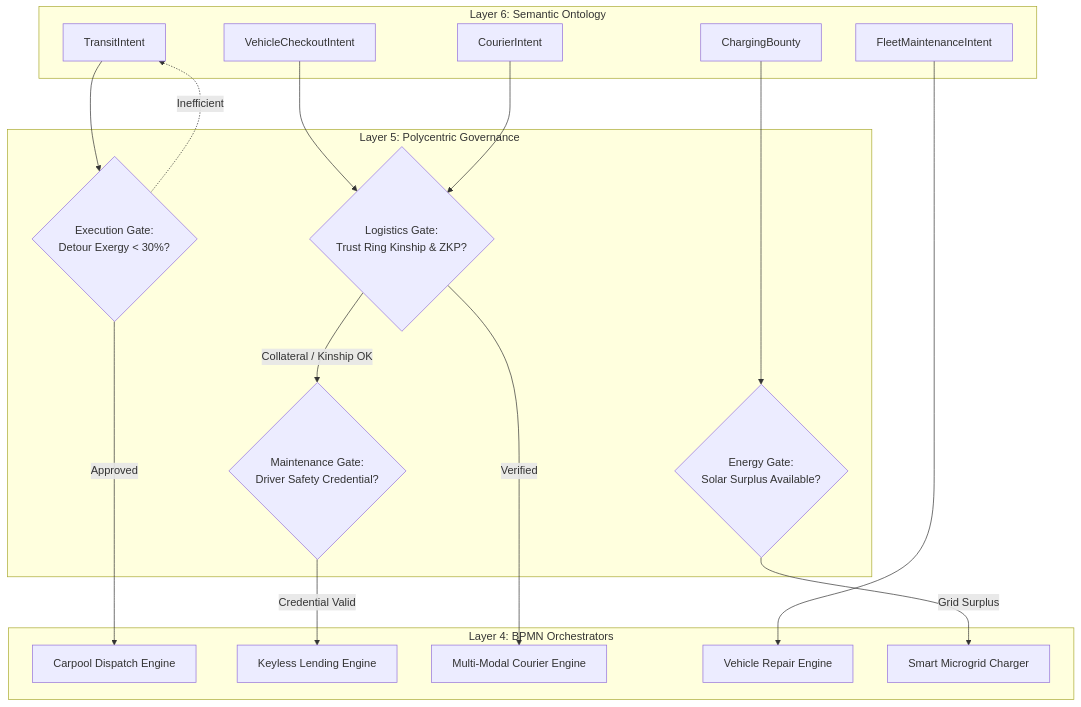
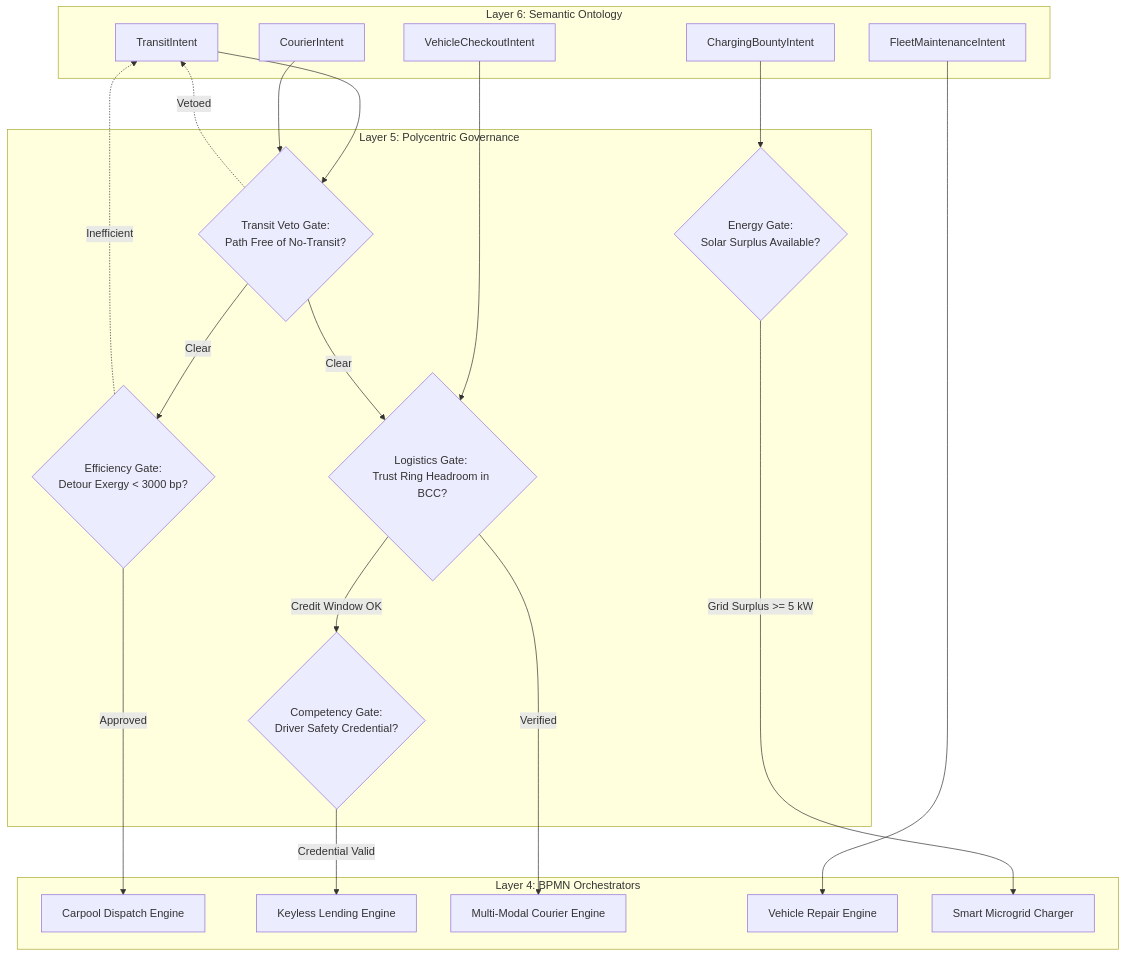
The third of 4 diagrams in docs/scenarios/beta_transit.md (raffaine/collective), drawn with Mermaid before and after one commit. The commit also changed other lines of this file and 23 other files, not shown here.

````diff
--- a/docs/scenarios/beta_transit.md
+++ b/docs/scenarios/beta_transit.md
@@ -121,41 +146,45 @@
 ```mermaid
 graph TD
     subgraph Layer 6: Semantic Ontology
         L6_Trans[TransitIntent]
         L6_Check[VehicleCheckoutIntent]
         L6_Cour[CourierIntent]
         L6_Maint[FleetMaintenanceIntent]
-        L6_Charge[ChargingBounty]
+        L6_Charge[ChargingBountyIntent]
     end
 
     subgraph Layer 5: Polycentric Governance
-        P_Exec{Execution Gate: <br>Detour Exergy < 30%?}
-        P_Trust{Logistics Gate: <br>Trust Ring Kinship & ZKP?}
-        P_Maint{Maintenance Gate: <br>Driver Safety Credential?}
-        P_Charge{Energy Gate: <br>Solar Surplus Available?}
+        P_Veto{Transit Veto Gate: <br>Path Free of No-Transit?}
+        P_Exec{Efficiency Gate: <br>Detour Exergy < 3000 bp?}
+        P_Trust{Logistics Gate: <br>Trust Ring Headroom in BCC?}
+        P_Maint{Competency Gate: <br>Driver Safety Credential?}
+        P_Solar{Energy Gate: <br>Solar Surplus Available?}
     end
 
     subgraph Layer 4: BPMN Orchestrators
         BPMN_Carpool[Carpool Dispatch Engine]
         BPMN_Lend[Keyless Lending Engine]
         BPMN_Freight[Multi-Modal Courier Engine]
         BPMN_Service[Vehicle Repair Engine]
         BPMN_Power[Smart Microgrid Charger]
     end
 
-    L6_Trans --> P_Exec
+    L6_Trans --> P_Veto
+    P_Veto -->|Clear| P_Exec
+    P_Veto -.->|Vetoed| L6_Trans
     P_Exec -->|Approved| BPMN_Carpool
     P_Exec -.->|Inefficient| L6_Trans
 
     L6_Check --> P_Trust
-    P_Trust -->|Collateral / Kinship OK| P_Maint
+    P_Trust -->|Credit Window OK| P_Maint
     P_Maint -->|Credential Valid| BPMN_Lend
 
-    L6_Cour --> P_Trust
+    L6_Cour --> P_Veto
+    P_Veto -->|Clear| P_Trust
     P_Trust -->|Verified| BPMN_Freight
 
     L6_Maint --> BPMN_Service
 
-    L6_Charge --> P_Charge
-    P_Charge -->|Grid Surplus| BPMN_Power
+    L6_Charge --> P_Solar
+    P_Solar -->|Grid Surplus >= 5 kW| BPMN_Power
 ```
````
